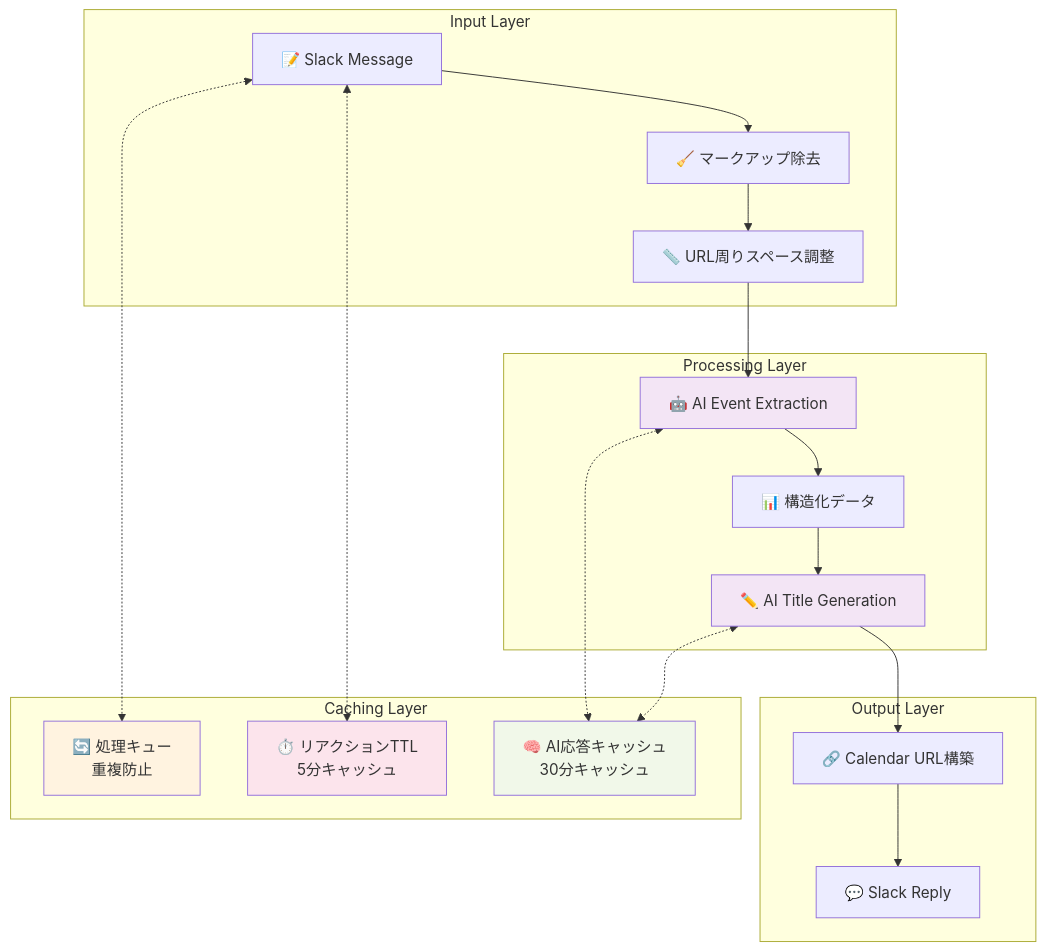
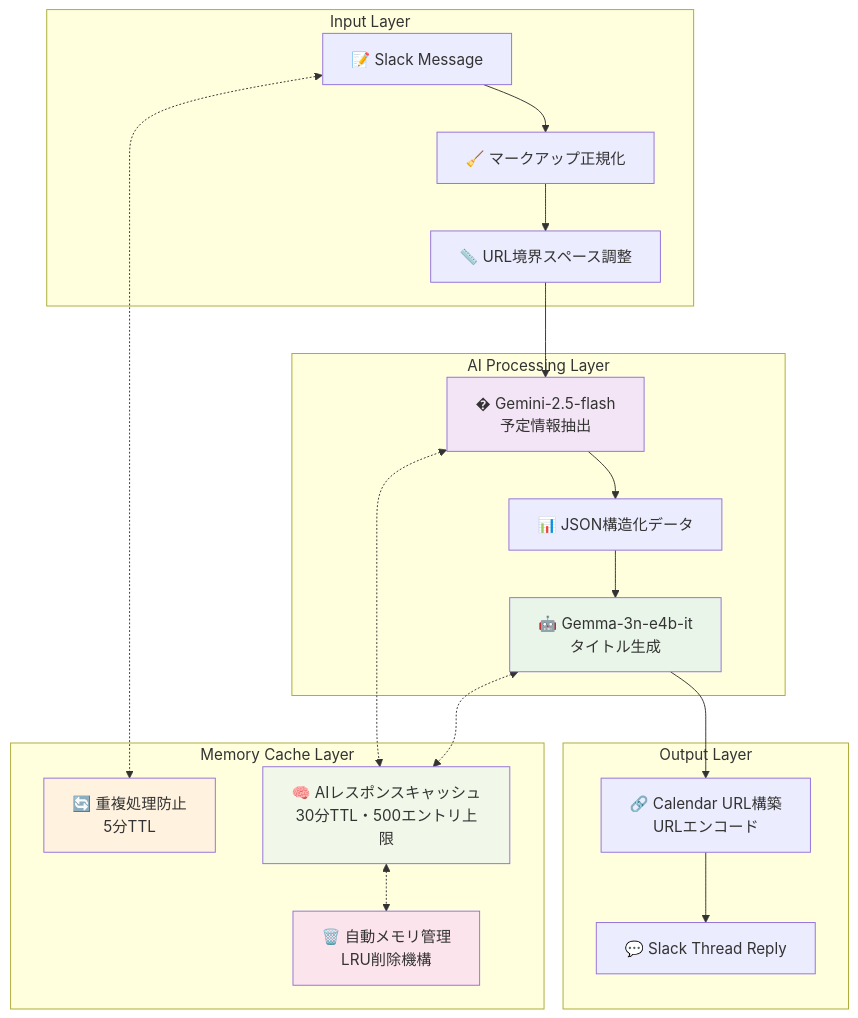
The fifth of 5 diagrams in README.md (matsuvr/calendar-slack-bot), drawn with Mermaid before and after one commit. The commit also changed other lines of this file and 4 other files, not shown here.

Commit message:
Remove system architecture documentation for Calendar Slack Bot

````diff
--- a/README.md
+++ b/README.md
@@ -155,35 +167,35 @@
 ```mermaid
 flowchart TB
     subgraph "Input Layer"
-        A[📝 Slack Message] --> B[🧹 マークアップ除去]
-        B --> C[📏 URL周りスペース調整]
+        A[📝 Slack Message] --> B[🧹 マークアップ正規化]
+        B --> C[📏 URL境界スペース調整]
     end
     
-    subgraph "Processing Layer"
-        C --> D[🤖 AI Event Extraction]
-        D --> E[📊 構造化データ]
-        E --> F[✏️ AI Title Generation]
+    subgraph "AI Processing Layer"
+        C --> D[� Gemini-2.5-flash<br/>予定情報抽出]
+        D --> E[📊 JSON構造化データ]
+        E --> F[🤖 Gemma-3n-e4b-it<br/>タイトル生成]
     end
     
     subgraph "Output Layer"
-        F --> G[🔗 Calendar URL構築]
-        G --> H[💬 Slack Reply]
+        F --> G[🔗 Calendar URL構築<br/>URLエンコード]
+        G --> H[💬 Slack Thread Reply]
     end
     
-    subgraph "Caching Layer"
-        I[🔄 処理キュー<br/>重複防止]
-        J[⏱️ リアクションTTL<br/>5分キャッシュ]
-        K[🧠 AI応答キャッシュ<br/>30分キャッシュ]
+    subgraph "Memory Cache Layer"
+        I[🔄 重複処理防止<br/>5分TTL]
+        J[🧠 AIレスポンスキャッシュ<br/>30分TTL・500エントリ上限]
+        K[🗑️ 自動メモリ管理<br/>LRU削除機構]
     end
     
-    D <-.-> K
-    F <-.-> K
+    D <-.-> J
+    F <-.-> J
     A <-.-> I
-    A <-.-> J
+    J <-.-> K
     
     style D fill:#f3e5f5
-    style F fill:#f3e5f5
-    style K fill:#f1f8e9
+    style F fill:#e8f5e8
+    style J fill:#f1f8e9
     style I fill:#fff3e0
-    style J fill:#fce4ec
+    style K fill:#fce4ec
 ```
````
